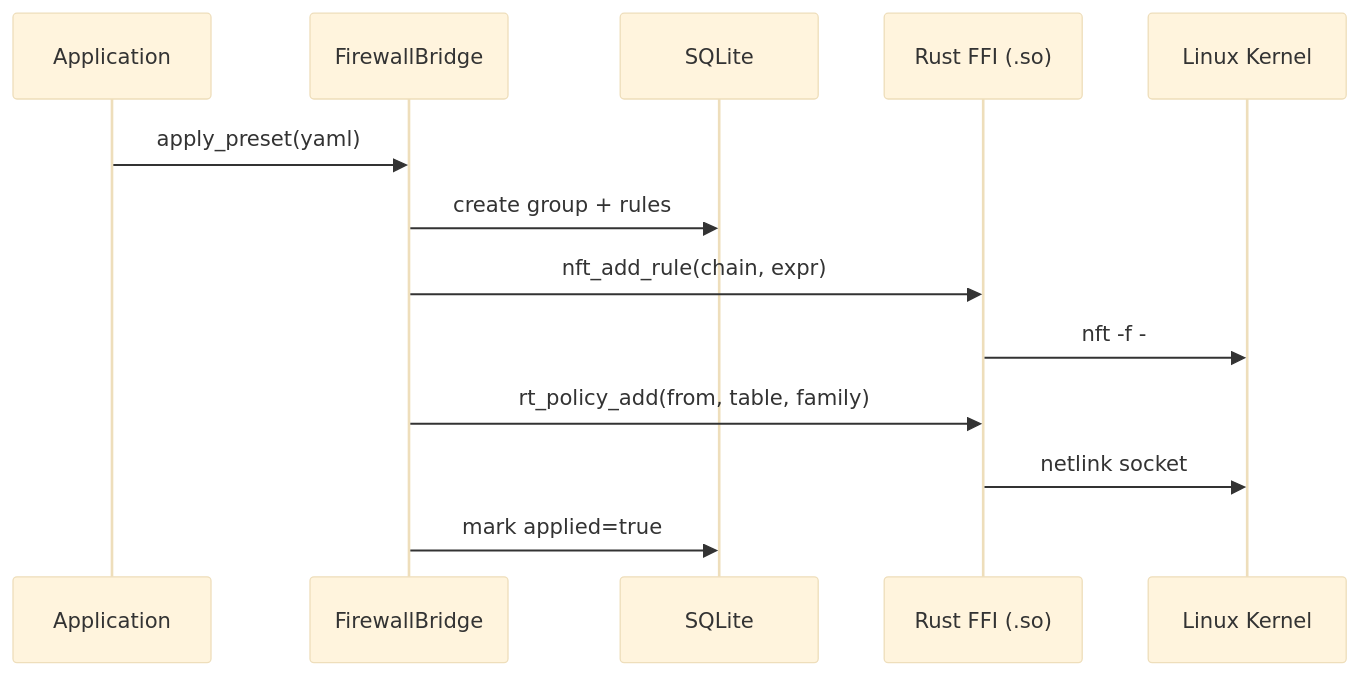
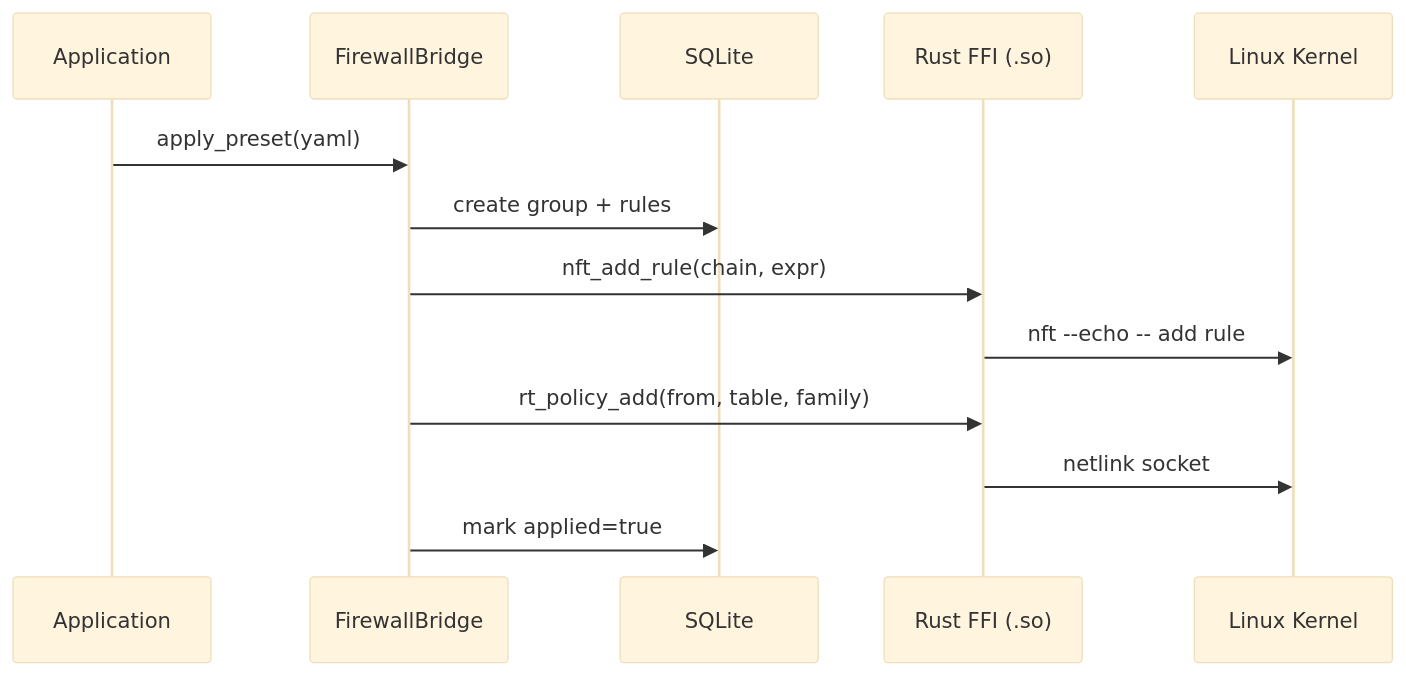
Before and after one commit to ARAS-Workspace/phantom-wg: the second of 4 diagrams in README.md, drawn with Mermaid (base theme). The commit also changed other lines of this file and 4 other files, not shown here.

````diff
--- a/README.md
+++ b/README.md
@@ -79,16 +98,16 @@
 ```mermaid
 sequenceDiagram
     participant App as Application
     participant Bridge as FirewallBridge
     participant DB as SQLite
     participant Rust as Rust FFI (.so)
     participant Kernel as Linux Kernel
 
     App->>Bridge: apply_preset(yaml)
     Bridge->>DB: create group + rules
     Bridge->>Rust: nft_add_rule(chain, expr)
-    Rust->>Kernel: nft -f -
+    Rust->>Kernel: nft --echo -- add rule
     Bridge->>Rust: rt_policy_add(from, table, family)
     Rust->>Kernel: netlink socket
     Bridge->>DB: mark applied=true
 ```
````
